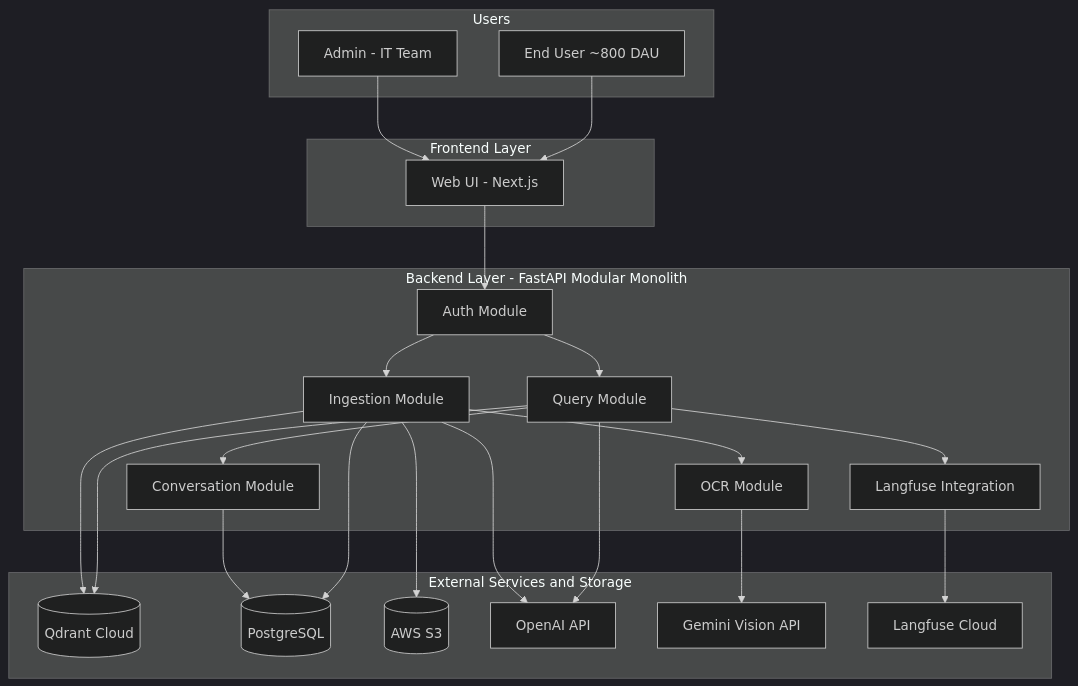
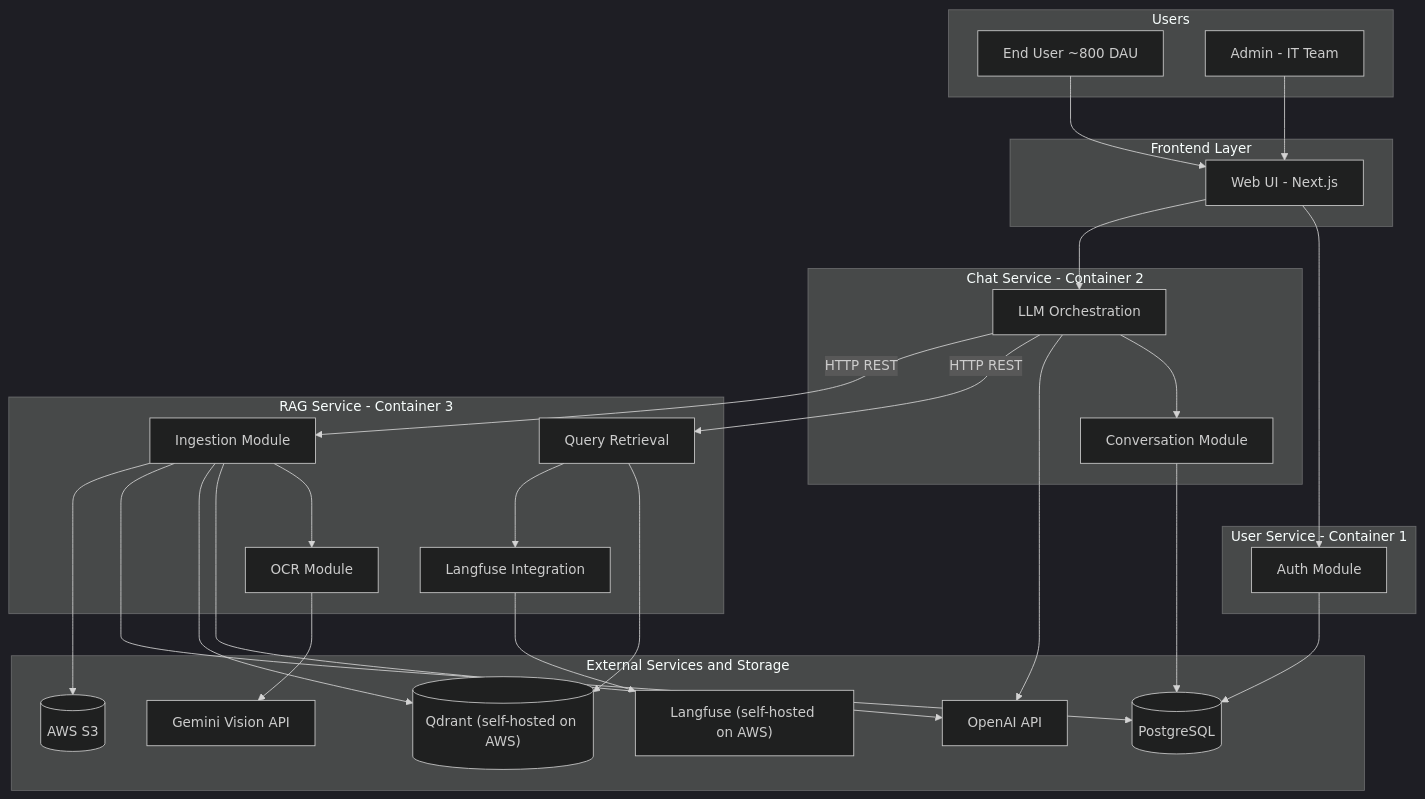
One commit to cds0987/DA08-VSF-AI changed the first of 4 diagrams in docs/SA_RAG_Chatbot_Final.md. Above: the diagram before and after it, drawn with Mermaid (dark theme). The commit also changed other lines of this file and 4 other files, not shown here.

````diff
--- a/docs/SA_RAG_Chatbot_Final.md
+++ b/docs/SA_RAG_Chatbot_Final.md
@@ -139,47 +141,56 @@
 ```mermaid
 graph TB
     subgraph USERS["Users"]
         EU["End User ~800 DAU"]
         ADM["Admin - IT Team"]
     end
 
     subgraph FRONTEND["Frontend Layer"]
         UI["Web UI - Next.js"]
     end
 
-    subgraph BACKEND["Backend Layer - FastAPI Modular Monolith"]
+    subgraph USER_SVC["User Service - Container 1"]
         AUTH["Auth Module"]
-        QUERY["Query Module"]
+    end
+
+    subgraph CHAT_SVC["Chat Service - Container 2"]
+        CONV["Conversation Module"]
+        ORCH["LLM Orchestration"]
+    end
+
+    subgraph RAG_SVC["RAG Service - Container 3"]
+        QUERY["Query Retrieval"]
         INGEST["Ingestion Module"]
         OCR["OCR Module"]
-        CONV["Conversation Module"]
         LFI["Langfuse Integration"]
     end
 
     subgraph EXTERNAL["External Services and Storage"]
-        QDRANT[("Qdrant Cloud")]
+        QDRANT[("Qdrant (self-hosted on AWS)")]
         PG[("PostgreSQL")]
         S3[("AWS S3")]
         OAI["OpenAI API"]
         GEM["Gemini Vision API"]
-        LF["Langfuse Cloud"]
+        LF["Langfuse (self-hosted on AWS)"]
     end
 
     EU --> UI
     ADM --> UI
     UI --> AUTH
-    AUTH --> QUERY
-    AUTH --> INGEST
-    QUERY --> CONV
-    QUERY --> OAI
+    UI --> ORCH
+    ORCH --> CONV
+    ORCH --> OAI
+    ORCH -- "HTTP REST" --> QUERY
+    ORCH -- "HTTP REST" --> INGEST
     QUERY --> QDRANT
     QUERY --> LFI
     INGEST --> OCR
     INGEST --> OAI
     INGEST --> QDRANT
     INGEST --> PG
     INGEST --> S3
     OCR --> GEM
     CONV --> PG
+    AUTH --> PG
     LFI --> LF
 ```
````
